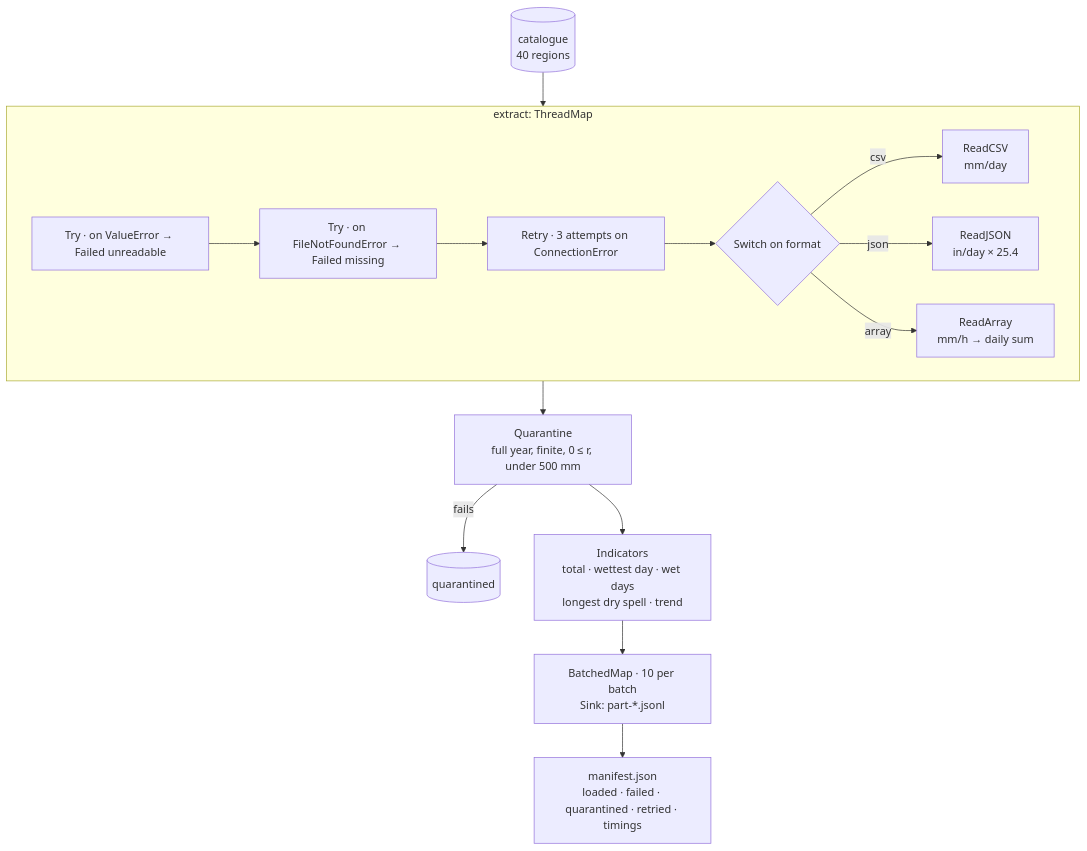
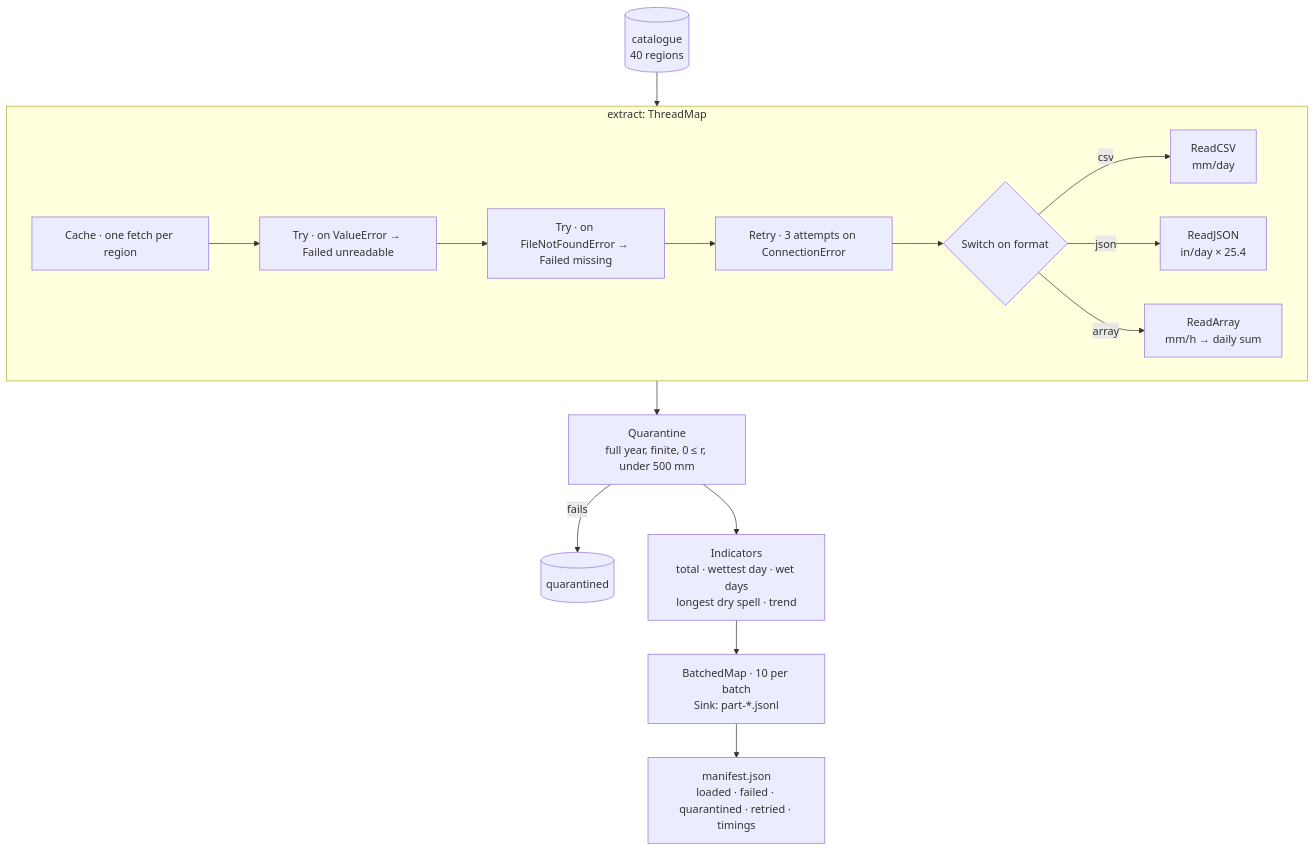
One commit to jejjohnson/pipekit changed the diagram in docs/tutorials/etl-regions.md. Above: the diagram before and after it, drawn with Mermaid. The commit also changed other lines of this file and 5 other files, not shown here.

First line of the commit message:
docs(tutorials): one step per line, comments above, shapes as jaxtyping types

````diff
--- a/docs/tutorials/etl-regions.md
+++ b/docs/tutorials/etl-regions.md
@@ -22,17 +22,18 @@
 ```mermaid
 flowchart TD
     CAT[(catalogue<br/>40 regions)] --> TM
     subgraph TM ["extract: ThreadMap"]
+        CA[Cache · one fetch per region] --> T1
         T1[Try · on ValueError → Failed unreadable] --> T2[Try · on FileNotFoundError → Failed missing]
         T2 --> RT[Retry · 3 attempts on ConnectionError]
         RT --> SW{Switch on format}
         SW -->|csv| RC[ReadCSV<br/>mm/day]
         SW -->|json| RJ[ReadJSON<br/>in/day × 25.4]
         SW -->|array| RA[ReadArray<br/>mm/h → daily sum]
     end
     TM --> Q[Quarantine<br/>full year, finite, 0 ≤ r, under 500 mm]
     Q -->|fails| QL[(quarantined)]
     Q --> IN[Indicators<br/>total · wettest day · wet days<br/>longest dry spell · trend]
     IN --> BM[BatchedMap · 10 per batch<br/>Sink: part-*.jsonl]
     BM --> MF[manifest.json<br/>loaded · failed · quarantined · retried · timings]
 ```
````
